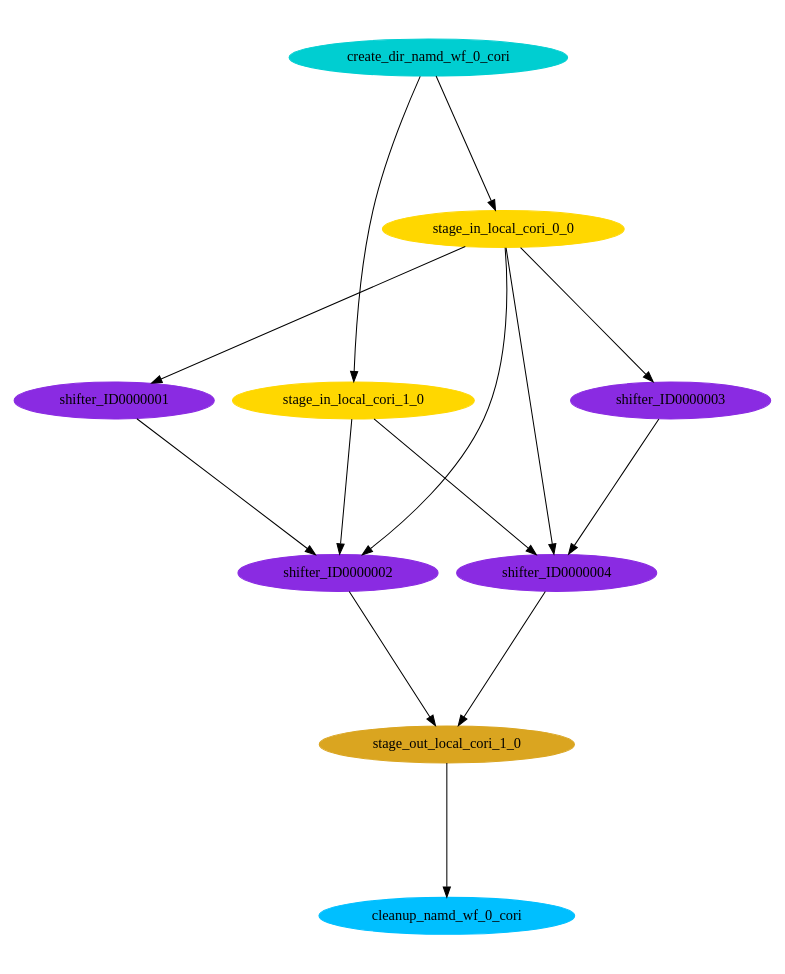
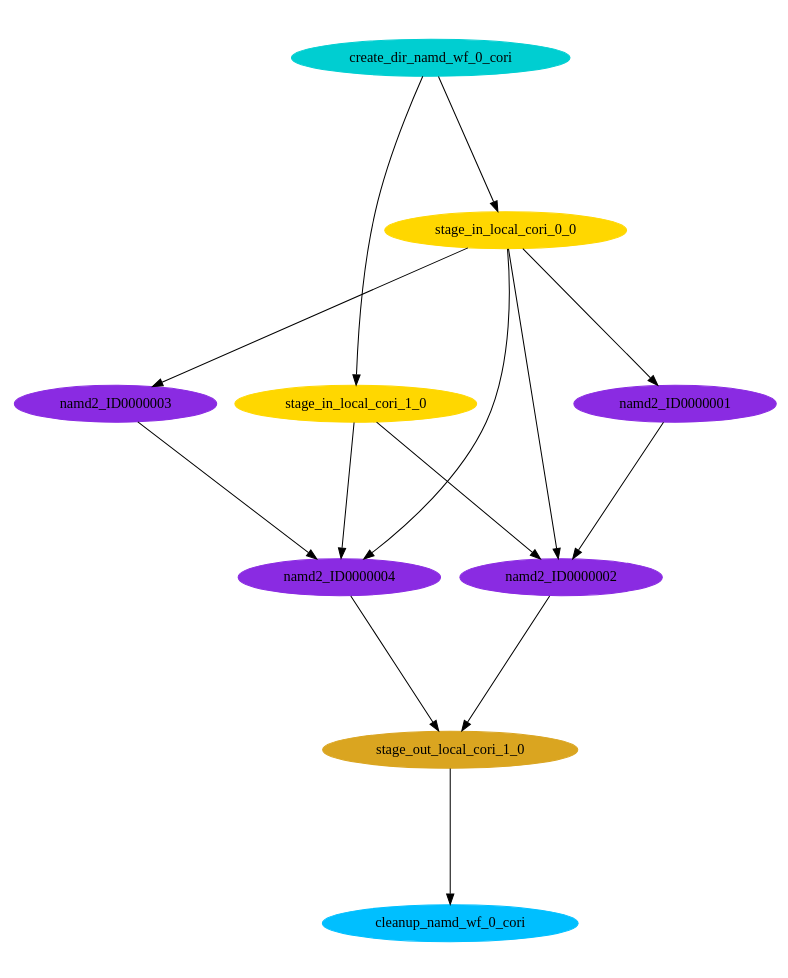
The diagram in submit/georgepap/pegasus/namd_wf/run0001/namd_wf-0.dot (papajim/sns-namd-shifter-example), drawn with Graphviz before and after one commit. The commit also changed 81 other files, not shown here.

```diff
--- a/submit/georgepap/pegasus/namd_wf/run0001/namd_wf-0.dot
+++ b/submit/georgepap/pegasus/namd_wf/run0001/namd_wf-0.dot
@@ -1,29 +1,29 @@
 digraph E {
 size="8.0,10.0"
 ratio=fill
 node [shape=ellipse]
 edge [arrowhead=normal, arrowsize=1.0]
-	"shifter_ID0000004" [color=blueviolet,style=filled,label="shifter_ID0000004"]
+	"namd2_ID0000001" [color=blueviolet,style=filled,label="namd2_ID0000001"]
 	"cleanup_namd_wf_0_cori" [color=deepskyblue,style=filled,label="cleanup_namd_wf_0_cori"]
-	"shifter_ID0000003" [color=blueviolet,style=filled,label="shifter_ID0000003"]
 	"stage_in_local_cori_0_0" [color=gold,style=filled,label="stage_in_local_cori_0_0"]
 	"stage_in_local_cori_1_0" [color=gold,style=filled,label="stage_in_local_cori_1_0"]
-	"shifter_ID0000002" [color=blueviolet,style=filled,label="shifter_ID0000002"]
-	"shifter_ID0000001" [color=blueviolet,style=filled,label="shifter_ID0000001"]
+	"namd2_ID0000003" [color=blueviolet,style=filled,label="namd2_ID0000003"]
 	"stage_out_local_cori_1_0" [color=goldenrod,style=filled,label="stage_out_local_cori_1_0"]
+	"namd2_ID0000002" [color=blueviolet,style=filled,label="namd2_ID0000002"]
 	"create_dir_namd_wf_0_cori" [color=darkturquoise,style=filled,label="create_dir_namd_wf_0_cori"]
+	"namd2_ID0000004" [color=blueviolet,style=filled,label="namd2_ID0000004"]
 
-	"shifter_ID0000004" -> "stage_out_local_cori_1_0"
-	"shifter_ID0000003" -> "shifter_ID0000004"
-	"stage_in_local_cori_0_0" -> "shifter_ID0000004"
-	"stage_in_local_cori_0_0" -> "shifter_ID0000003"
-	"stage_in_local_cori_0_0" -> "shifter_ID0000002"
-	"stage_in_local_cori_0_0" -> "shifter_ID0000001"
-	"stage_in_local_cori_1_0" -> "shifter_ID0000004"
-	"stage_in_local_cori_1_0" -> "shifter_ID0000002"
-	"shifter_ID0000002" -> "stage_out_local_cori_1_0"
-	"shifter_ID0000001" -> "shifter_ID0000002"
+	"namd2_ID0000001" -> "namd2_ID0000002"
+	"stage_in_local_cori_0_0" -> "namd2_ID0000001"
+	"stage_in_local_cori_0_0" -> "namd2_ID0000003"
+	"stage_in_local_cori_0_0" -> "namd2_ID0000002"
+	"stage_in_local_cori_0_0" -> "namd2_ID0000004"
+	"stage_in_local_cori_1_0" -> "namd2_ID0000002"
+	"stage_in_local_cori_1_0" -> "namd2_ID0000004"
+	"namd2_ID0000003" -> "namd2_ID0000004"
 	"stage_out_local_cori_1_0" -> "cleanup_namd_wf_0_cori"
+	"namd2_ID0000002" -> "stage_out_local_cori_1_0"
 	"create_dir_namd_wf_0_cori" -> "stage_in_local_cori_0_0"
 	"create_dir_namd_wf_0_cori" -> "stage_in_local_cori_1_0"
+	"namd2_ID0000004" -> "stage_out_local_cori_1_0"
 }
```
